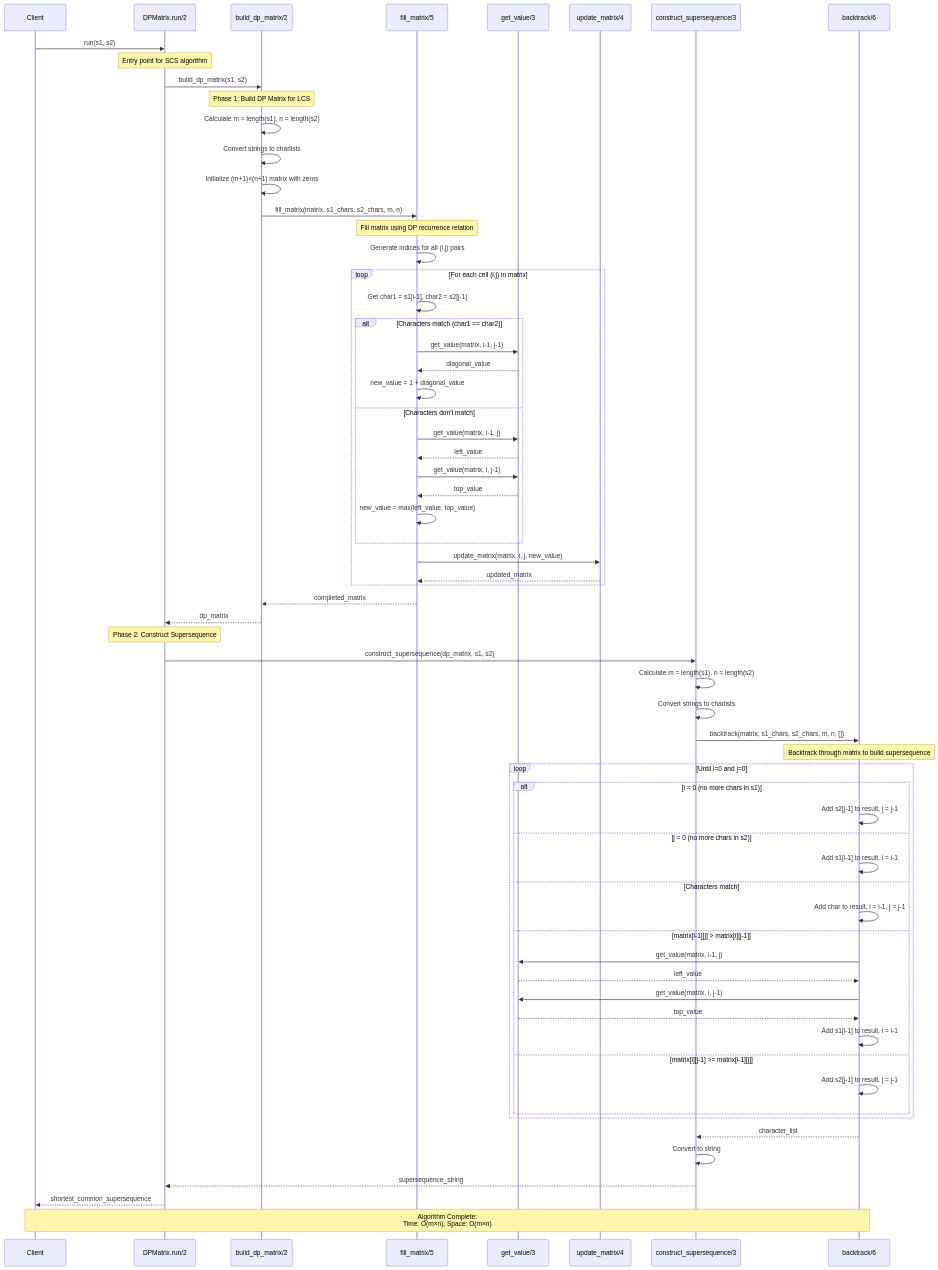
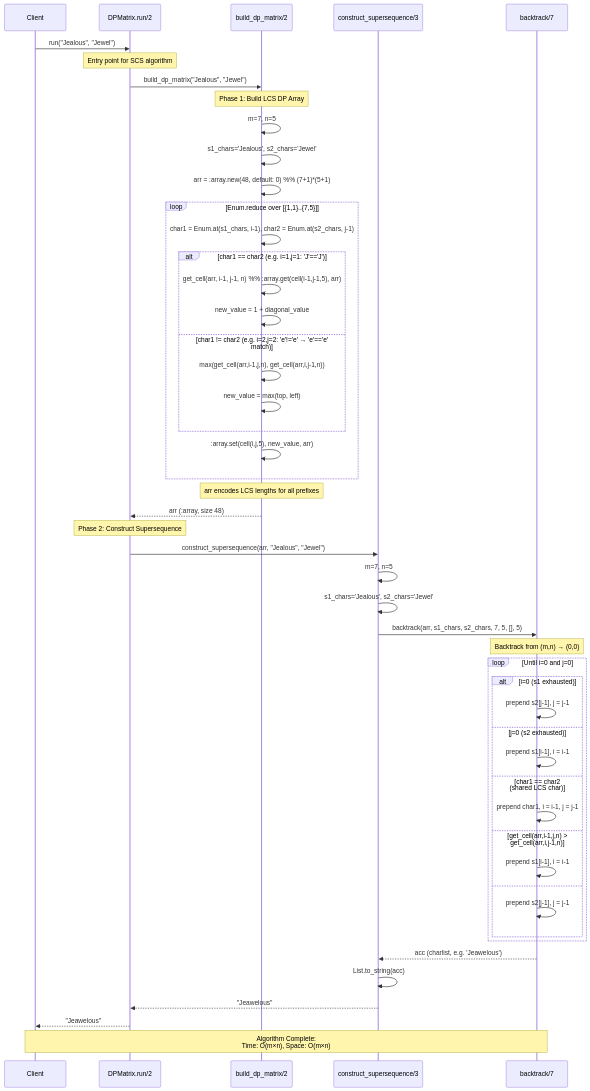
Before and after one commit to ZachParsons/algorithms: the diagram in lib/shortest_common_supersequence/diagram_seq_dp_matrix.mmd, drawn with Mermaid. The commit also changed 1 other file, not shown here.

Commit message:
Refactor SCS dp_matrix to use :array for O(mn) fill step
Replace nested list matrix with flat Erlang :array indexed by i*(n+1)+j,
eliminating the O(mn) per-cell update cost. Update mnemonic and sequence
diagram to reflect removed helpers and new backtrack/7 signature.

```diff
--- a/lib/shortest_common_supersequence/diagram_seq_dp_matrix.mmd
+++ b/lib/shortest_common_supersequence/diagram_seq_dp_matrix.mmd
@@ -1,81 +1,61 @@
 sequenceDiagram
     participant Client
     participant DPMatrix as DPMatrix.run/2
-    participant BuildMatrix as build_dp_matrix/2
-    participant FillMatrix as fill_matrix/5
-    participant GetValue as get_value/3
-    participant UpdateMatrix as update_matrix/4
+    participant BuildDP as build_dp_matrix/2
     participant ConstructSeq as construct_supersequence/3
-    participant Backtrack as backtrack/6
+    participant Backtrack as backtrack/7
 
-    Client->>DPMatrix: run(s1, s2)
+    Client->>DPMatrix: run("Jealous", "Jewel")
     Note over DPMatrix: Entry point for SCS algorithm
-    
-    DPMatrix->>BuildMatrix: build_dp_matrix(s1, s2)
-    
-    Note over BuildMatrix: Phase 1: Build DP Matrix for LCS
-    BuildMatrix->>BuildMatrix: Calculate m = length(s1), n = length(s2)
-    BuildMatrix->>BuildMatrix: Convert strings to charlists
-    BuildMatrix->>BuildMatrix: Initialize (m+1)×(n+1) matrix with zeros
-    
-    BuildMatrix->>FillMatrix: fill_matrix(matrix, s1_chars, s2_chars, m, n)
-    
-    Note over FillMatrix: Fill matrix using DP recurrence relation
-    FillMatrix->>FillMatrix: Generate indices for all (i,j) pairs
-    
-    loop For each cell (i,j) in matrix
-        FillMatrix->>FillMatrix: Get char1 = s1[i-1], char2 = s2[j-1]
-        
-        alt Characters match (char1 == char2)
-            FillMatrix->>GetValue: get_value(matrix, i-1, j-1)
-            GetValue-->>FillMatrix: diagonal_value
-            FillMatrix->>FillMatrix: new_value = 1 + diagonal_value
-        else Characters don't match
-            FillMatrix->>GetValue: get_value(matrix, i-1, j)
-            GetValue-->>FillMatrix: left_value
-            FillMatrix->>GetValue: get_value(matrix, i, j-1)
-            GetValue-->>FillMatrix: top_value
-            FillMatrix->>FillMatrix: new_value = max(left_value, top_value)
+
+    DPMatrix->>BuildDP: build_dp_matrix("Jealous", "Jewel")
+
+    Note over BuildDP: Phase 1: Build LCS DP Array
+    BuildDP->>BuildDP: m=7, n=5
+    BuildDP->>BuildDP: s1_chars='Jealous', s2_chars='Jewel'
+    BuildDP->>BuildDP: arr = :array.new(48, default: 0)  %% (7+1)*(5+1)
+
+    loop Enum.reduce over [{1,1}..{7,5}]
+        BuildDP->>BuildDP: char1 = Enum.at(s1_chars, i-1), char2 = Enum.at(s2_chars, j-1)
+        alt char1 == char2  (e.g. i=1,j=1: 'J'=='J')
+            BuildDP->>BuildDP: get_cell(arr, i-1, j-1, n)  %% :array.get(cell(i-1,j-1,5), arr)
+            BuildDP->>BuildDP: new_value = 1 + diagonal_value
+        else char1 != char2  (e.g. i=2,j=2: 'e'!='e' → 'e'=='e' match)
+            BuildDP->>BuildDP: max(get_cell(arr,i-1,j,n), get_cell(arr,i,j-1,n))
+            BuildDP->>BuildDP: new_value = max(top, left)
         end
-        
-        FillMatrix->>UpdateMatrix: update_matrix(matrix, i, j, new_value)
-        UpdateMatrix-->>FillMatrix: updated_matrix
+        BuildDP->>BuildDP: :array.set(cell(i,j,5), new_value, arr)
     end
-    
-    FillMatrix-->>BuildMatrix: completed_matrix
-    BuildMatrix-->>DPMatrix: dp_matrix
-    
+
+    Note over BuildDP: arr encodes LCS lengths for all prefixes
+    BuildDP-->>DPMatrix: arr (:array, size 48)
+
     Note over DPMatrix: Phase 2: Construct Supersequence
-    DPMatrix->>ConstructSeq: construct_supersequence(dp_matrix, s1, s2)
-    
-    ConstructSeq->>ConstructSeq: Calculate m = length(s1), n = length(s2)
-    ConstructSeq->>ConstructSeq: Convert strings to charlists
-    ConstructSeq->>Backtrack: backtrack(matrix, s1_chars, s2_chars, m, n, [])
-    
-    Note over Backtrack: Backtrack through matrix to build supersequence
-    
+    DPMatrix->>ConstructSeq: construct_supersequence(arr, "Jealous", "Jewel")
+    ConstructSeq->>ConstructSeq: m=7, n=5
+    ConstructSeq->>ConstructSeq: s1_chars='Jealous', s2_chars='Jewel'
+    ConstructSeq->>Backtrack: backtrack(arr, s1_chars, s2_chars, 7, 5, [], 5)
+
+    Note over Backtrack: Backtrack from (m,n) → (0,0)
+
     loop Until i=0 and j=0
-        alt i = 0 (no more chars in s1)
-            Backtrack->>Backtrack: Add s2[j-1] to result, j = j-1
-        else j = 0 (no more chars in s2)
-            Backtrack->>Backtrack: Add s1[i-1] to result, i = i-1
-        else Characters match
-            Backtrack->>Backtrack: Add char to result, i = i-1, j = j-1
-        else matrix[i-1][j] > matrix[i][j-1]
-            Backtrack->>GetValue: get_value(matrix, i-1, j)
-            GetValue-->>Backtrack: left_value
-            Backtrack->>GetValue: get_value(matrix, i, j-1)
-            GetValue-->>Backtrack: top_value
-            Backtrack->>Backtrack: Add s1[i-1] to result, i = i-1
-        else matrix[i][j-1] >= matrix[i-1][j]
-            Backtrack->>Backtrack: Add s2[j-1] to result, j = j-1
+        alt i=0 (s1 exhausted)
+            Backtrack->>Backtrack: prepend s2[j-1], j = j-1
+        else j=0 (s2 exhausted)
+            Backtrack->>Backtrack: prepend s1[i-1], i = i-1
+        else char1 == char2  (shared LCS char)
+            Backtrack->>Backtrack: prepend char1, i = i-1, j = j-1
+        else get_cell(arr,i-1,j,n) > get_cell(arr,i,j-1,n)
+            Backtrack->>Backtrack: prepend s1[i-1], i = i-1
+        else
+            Backtrack->>Backtrack: prepend s2[j-1], j = j-1
         end
     end
-    
-    Backtrack-->>ConstructSeq: character_list
-    ConstructSeq->>ConstructSeq: Convert to string
-    ConstructSeq-->>DPMatrix: supersequence_string
-    
-    DPMatrix-->>Client: shortest_common_supersequence
-    
+
+    Backtrack-->>ConstructSeq: acc (charlist, e.g. 'Jeawelous')
+    ConstructSeq->>ConstructSeq: List.to_string(acc)
+    ConstructSeq-->>DPMatrix: "Jeawelous"
+
+    DPMatrix-->>Client: "Jeawelous"
+
     Note over Client,Backtrack: Algorithm Complete:<br/>Time: O(m×n), Space: O(m×n)
```
